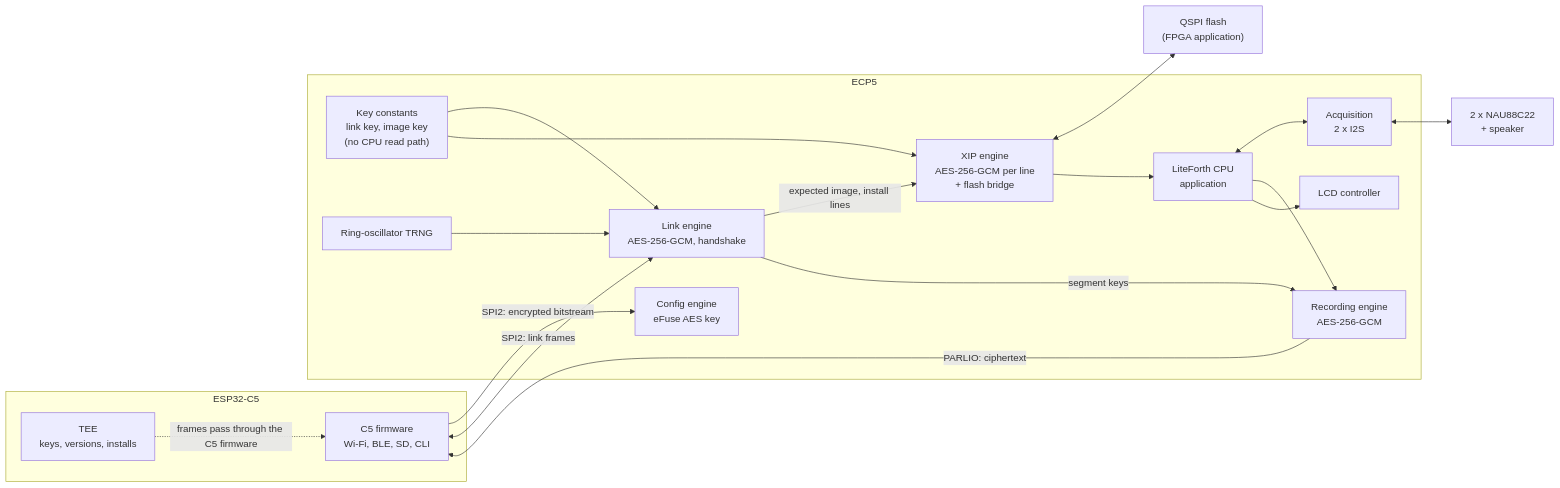
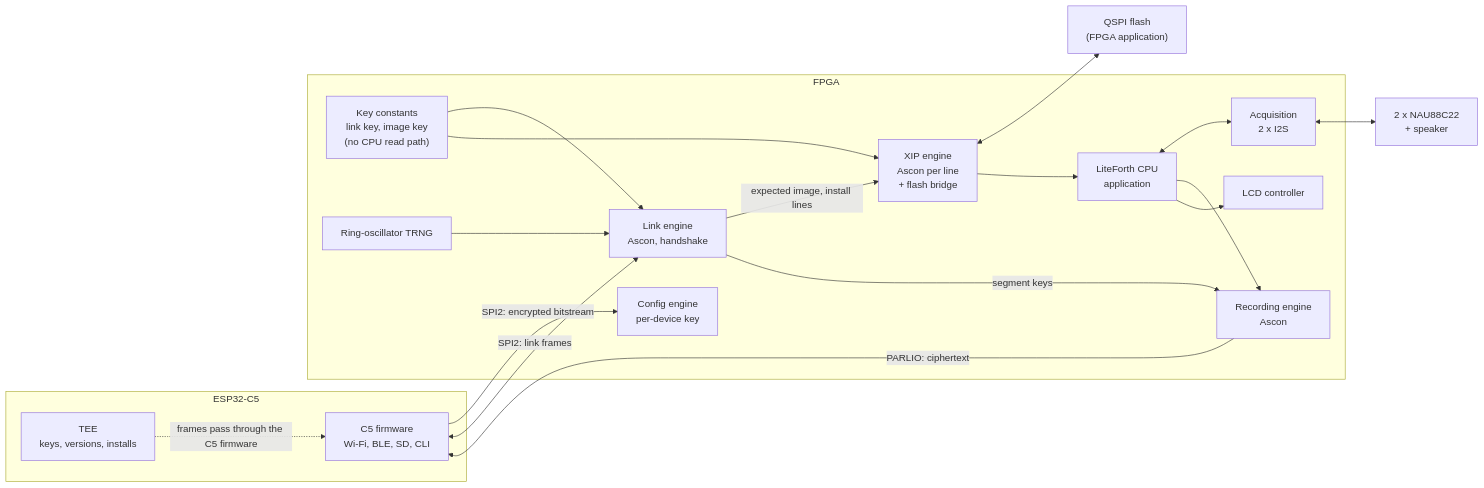
One commit to bradleyeckert/thriller changed the diagram in doc/fpga.md. Above: the diagram before and after it, drawn with Mermaid. The commit also changed other lines of this file and 17 other files, not shown here.

First line of the commit message:
Switch symmetric crypto to Ascon; move FPGA family specifics into fpga/<family>/

````diff
--- a/doc/fpga.md
+++ b/doc/fpga.md
@@ -10,35 +14,35 @@
 ```mermaid
 flowchart LR
   subgraph C5["ESP32-C5"]
     TEE["TEE<br/>keys, versions, installs"]
     REE["C5 firmware<br/>Wi-Fi, BLE, SD, CLI"]
   end
-  subgraph ECP5["ECP5"]
-    CFG["Config engine<br/>eFuse AES key"]
+  subgraph FPGA["FPGA"]
+    CFG["Config engine<br/>per-device key"]
     KEYS["Key constants<br/>link key, image key<br/>(no CPU read path)"]
-    LINK["Link engine<br/>AES-256-GCM, handshake"]
+    LINK["Link engine<br/>Ascon, handshake"]
     TRNG["Ring-oscillator TRNG"]
-    XIP["XIP engine<br/>AES-256-GCM per line<br/>+ flash bridge"]
+    XIP["XIP engine<br/>Ascon per line<br/>+ flash bridge"]
     CPU["LiteForth CPU<br/>application"]
-    REC["Recording engine<br/>AES-256-GCM"]
+    REC["Recording engine<br/>Ascon"]
     ACQ["Acquisition<br/>2 x I2S"]
     LCD["LCD controller"]
   end
   FL["QSPI flash<br/>(FPGA application)"]
   COD["2 x NAU88C22<br/>+ speaker"]
   REE -->|"SPI2: encrypted bitstream"| CFG
   REE <-->|"SPI2: link frames"| LINK
   TEE -.->|"frames pass through the C5 firmware"| REE
   KEYS --> LINK
   KEYS --> XIP
   TRNG --> LINK
   LINK -->|"expected image, install lines"| XIP
   LINK -->|"segment keys"| REC
   XIP <--> FL
   XIP --> CPU
   CPU <--> ACQ
   CPU --> REC
   CPU --> LCD
   ACQ <--> COD
   REC -->|"PARLIO: ciphertext"| REE
 ```
````
